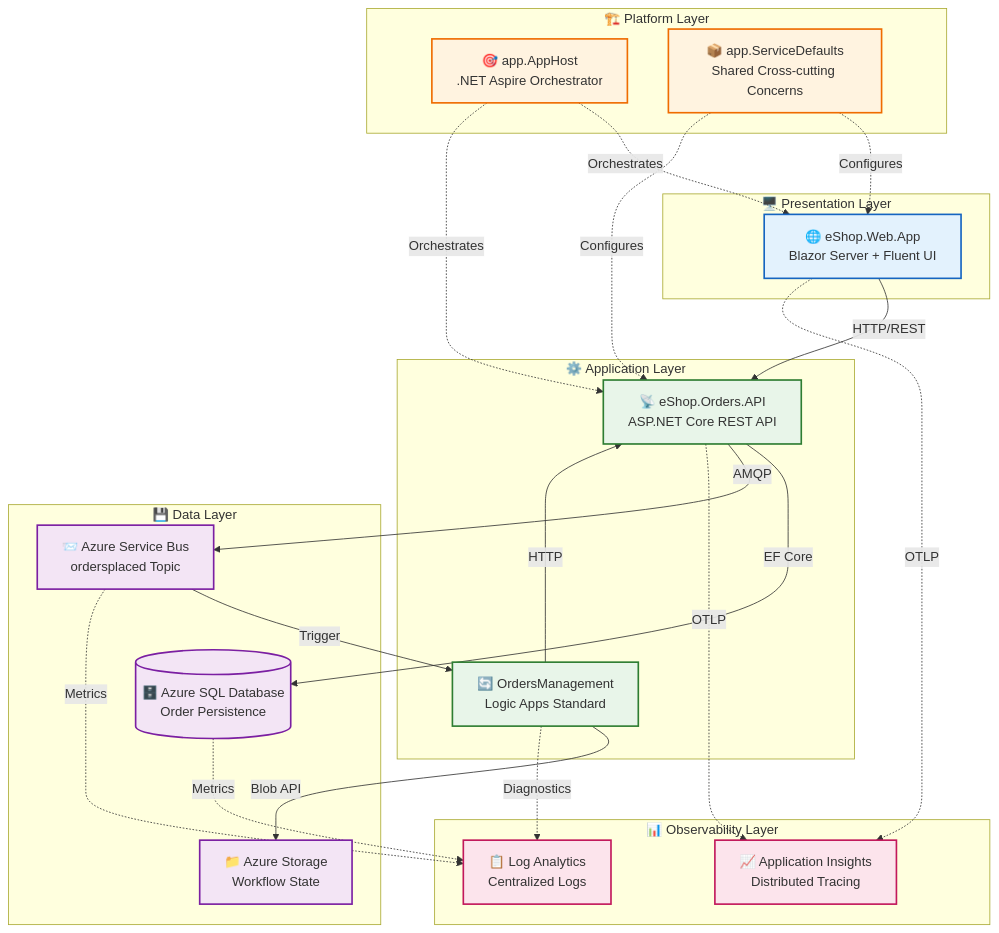
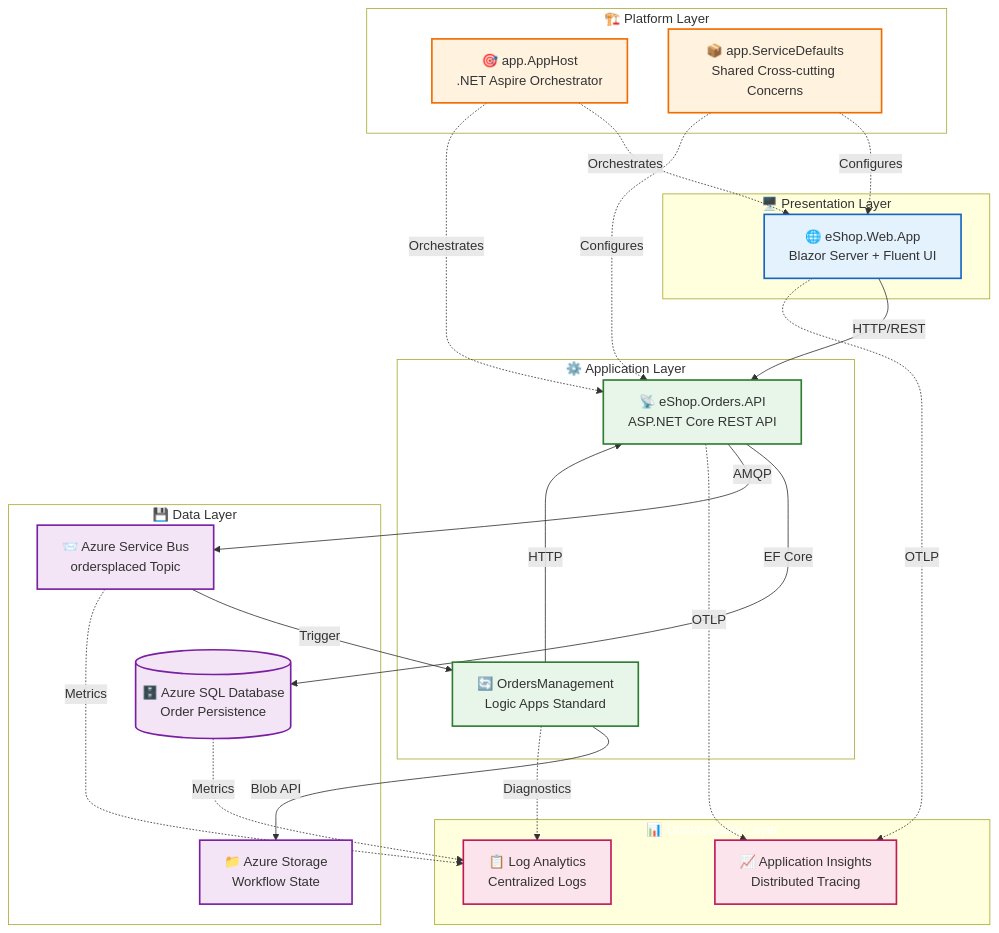
One commit to Evilazaro/Azure-LogicApps-Monitoring changed the diagram in docs/architecture/README.md. Above: the diagram before and after it, drawn with Mermaid.

Commit message:
Refactor architecture diagram for clarity

````diff
--- a/docs/architecture/README.md
+++ b/docs/architecture/README.md
@@ -24,57 +24,56 @@
 ```mermaid
-flowchart TD
-    subgraph Presentation["🖥️ Presentation Layer"]
-        WebApp["🌐 eShop.Web.App<br/>Blazor Server + Fluent UI"]
-    end
+flowchart TB
+ subgraph Presentation["🖥️ Presentation Layer"]
+        WebApp["🌐 eShop.Web.App<br>Blazor Server + Fluent UI"]
+  end
+ subgraph Application["⚙️ Application Layer"]
+        API["📡 eShop.Orders.API<br>ASP.NET Core REST API"]
+        LogicApp["🔄 OrdersManagement<br>Logic Apps Standard"]
+  end
+ subgraph Platform["🏗️ Platform Layer"]
+        Aspire["🎯 app.AppHost<br>.NET Aspire Orchestrator"]
+        Defaults["📦 app.ServiceDefaults<br>Shared Cross-cutting Concerns"]
+  end
+ subgraph Data["💾 Data Layer"]
+        SQL[("🗄️ Azure SQL Database<br>Order Persistence")]
+        ServiceBus["📨 Azure Service Bus<br>ordersplaced Topic"]
+        Storage["📁 Azure Storage<br>Workflow State"]
+  end
+ subgraph Observability["📊 Observability Layer"]
+        AppInsights["📈 Application Insights<br>Distributed Tracing"]
+        LogAnalytics["📋 Log Analytics<br>Centralized Logs"]
+  end
+    WebApp -- HTTP/REST --> API
+    API -- EF Core --> SQL
+    API -- AMQP --> ServiceBus
+    ServiceBus -- Trigger --> LogicApp
+    LogicApp -- HTTP --> API
+    LogicApp -- Blob API --> Storage
+    Aspire -. Orchestrates .-> WebApp & API
+    Defaults -. Configures .-> WebApp & API
+    WebApp -. OTLP .-> AppInsights
+    API -. OTLP .-> AppInsights
+    LogicApp -. Diagnostics .-> LogAnalytics
+    SQL -. Metrics .-> LogAnalytics
+    ServiceBus -. Metrics .-> LogAnalytics
 
-    subgraph Application["⚙️ Application Layer"]
-        API["📡 eShop.Orders.API<br/>ASP.NET Core REST API"]
-        LogicApp["🔄 OrdersManagement<br/>Logic Apps Standard"]
-    end
-
-    subgraph Platform["🏗️ Platform Layer"]
-        Aspire["🎯 app.AppHost<br/>.NET Aspire Orchestrator"]
-        Defaults["📦 app.ServiceDefaults<br/>Shared Cross-cutting Concerns"]
-    end
-
-    subgraph Data["💾 Data Layer"]
-        SQL[("🗄️ Azure SQL Database<br/>Order Persistence")]
-        ServiceBus["📨 Azure Service Bus<br/>ordersplaced Topic"]
-        Storage["📁 Azure Storage<br/>Workflow State"]
-    end
-
-    subgraph Observability["📊 Observability Layer"]
-        AppInsights["📈 Application Insights<br/>Distributed Tracing"]
-        LogAnalytics["📋 Log Analytics<br/>Centralized Logs"]
-    end
-
-    WebApp -->|"HTTP/REST"| API
-    API -->|"EF Core"| SQL
-    API -->|"AMQP"| ServiceBus
-    ServiceBus -->|"Trigger"| LogicApp
-    LogicApp -->|"HTTP"| API
-    LogicApp -->|"Blob API"| Storage
-
-    Aspire -.->|"Orchestrates"| WebApp
-    Aspire -.->|"Orchestrates"| API
-    Defaults -.->|"Configures"| WebApp
-    Defaults -.->|"Configures"| API
-
-    WebApp -.->|"OTLP"| AppInsights
-    API -.->|"OTLP"| AppInsights
-    LogicApp -.->|"Diagnostics"| LogAnalytics
-    SQL -.->|"Metrics"| LogAnalytics
-    ServiceBus -.->|"Metrics"| LogAnalytics
-
+     WebApp:::presentation
+     API:::application
+     LogicApp:::application
+     Aspire:::platform
+     Defaults:::platform
+     SQL:::data
+     ServiceBus:::data
+     Storage:::data
+     AppInsights:::observability
+     LogAnalytics:::observability
     classDef presentation fill:#e3f2fd,stroke:#1565c0,stroke-width:2px
     classDef application fill:#e8f5e9,stroke:#2e7d32,stroke-width:2px
     classDef platform fill:#fff3e0,stroke:#ef6c00,stroke-width:2px
     classDef data fill:#f3e5f5,stroke:#7b1fa2,stroke-width:2px
     classDef observability fill:#fce4ec,stroke:#c2185b,stroke-width:2px
-
-    class WebApp presentation
-    class API,LogicApp application
-    class Aspire,Defaults platform
-    class SQL,ServiceBus,Storage data
-    class AppInsights,LogAnalytics observability
+    style Data fill:#FFFFFF
+    style Platform fill:#FFFFFF
+    style Application fill:#FFFFFF
+    style Observability color:#FFFFFF
 ```
````
